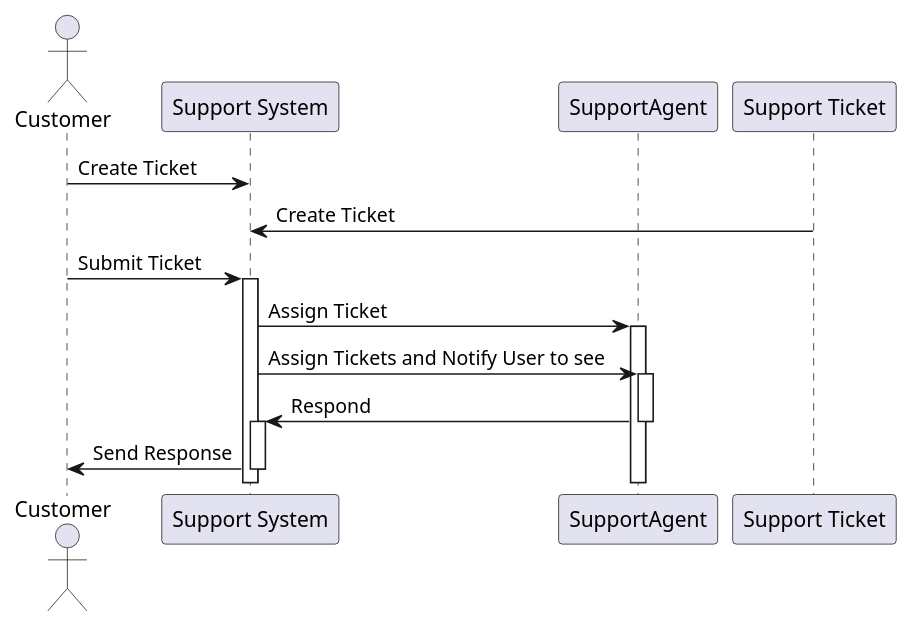
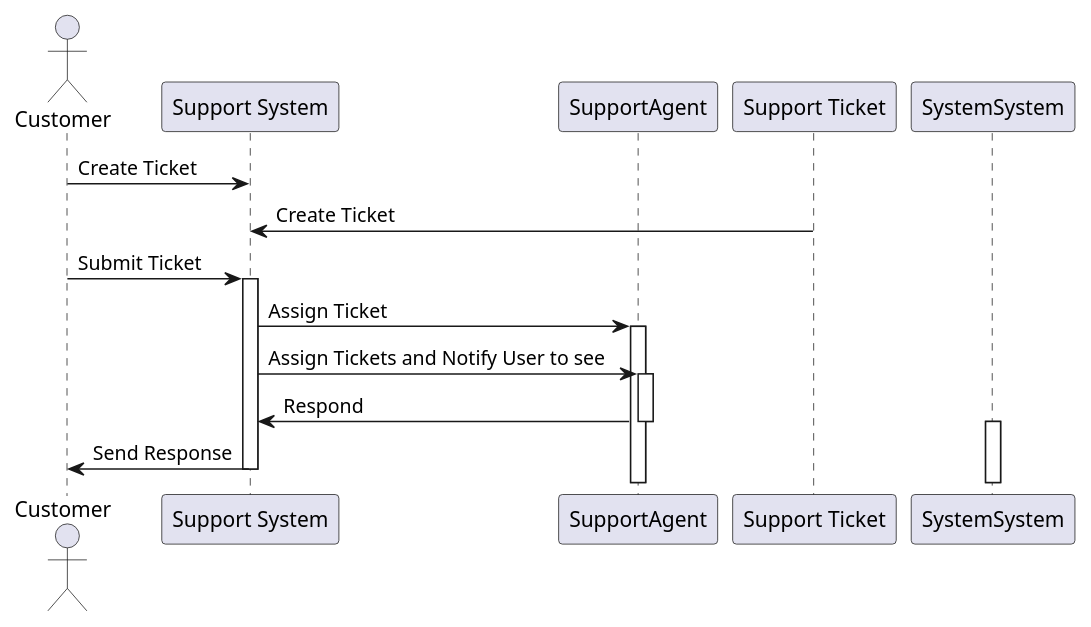
Before and after one commit to alladin7000/alladin7000.github.io: the diagram in diagrams/s.puml, drawn with PlantUML.

```diff
--- a/diagrams/s.puml
+++ b/diagrams/s.puml
@@ -1,23 +1,23 @@
 @startuml
 actor Customer
 participant "Support System" as System
 participant "SupportAgent"
 participant "Support Ticket" as Ticket
 Customer -> System : Create Ticket
 Ticket -> System : Create Ticket
 Customer -> System : Submit Ticket
 activate System
 
 System -> SupportAgent : Assign Ticket
 activate SupportAgent
 
 System -> SupportAgent : Assign Tickets and Notify User to see 
 activate SupportAgent
 
 SupportAgent -> System : Respond
 deactivate SupportAgent
-activate System
+activate SystemSystem
 
 System -> Customer : Send Response
 deactivate System
 @enduml
```
